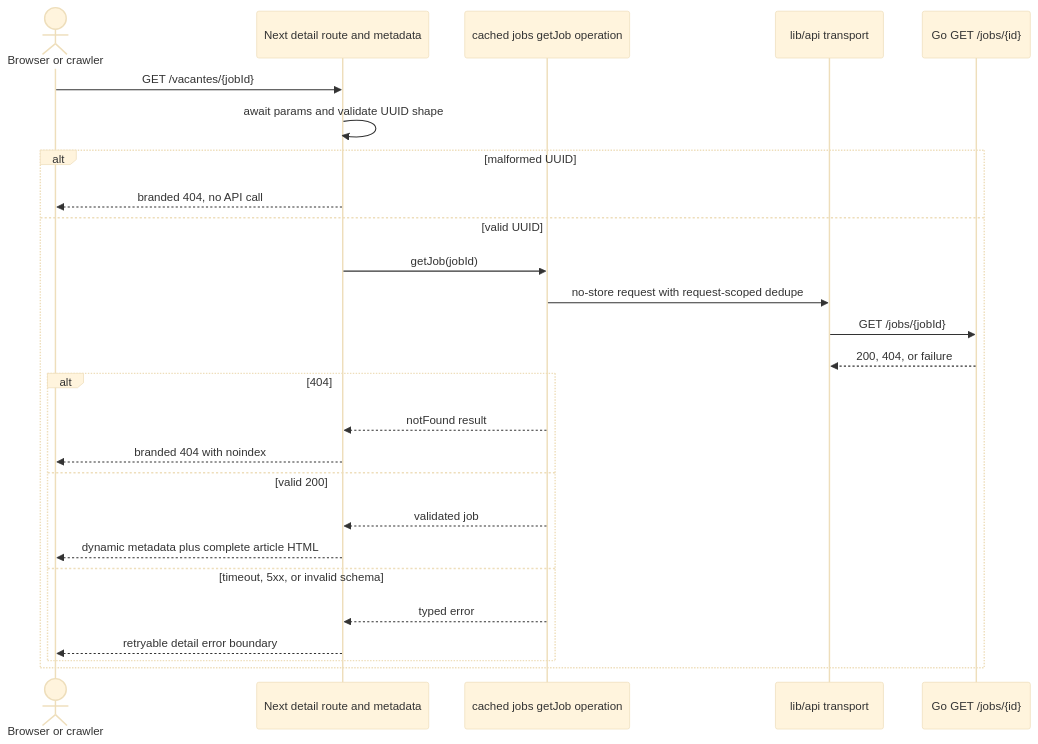
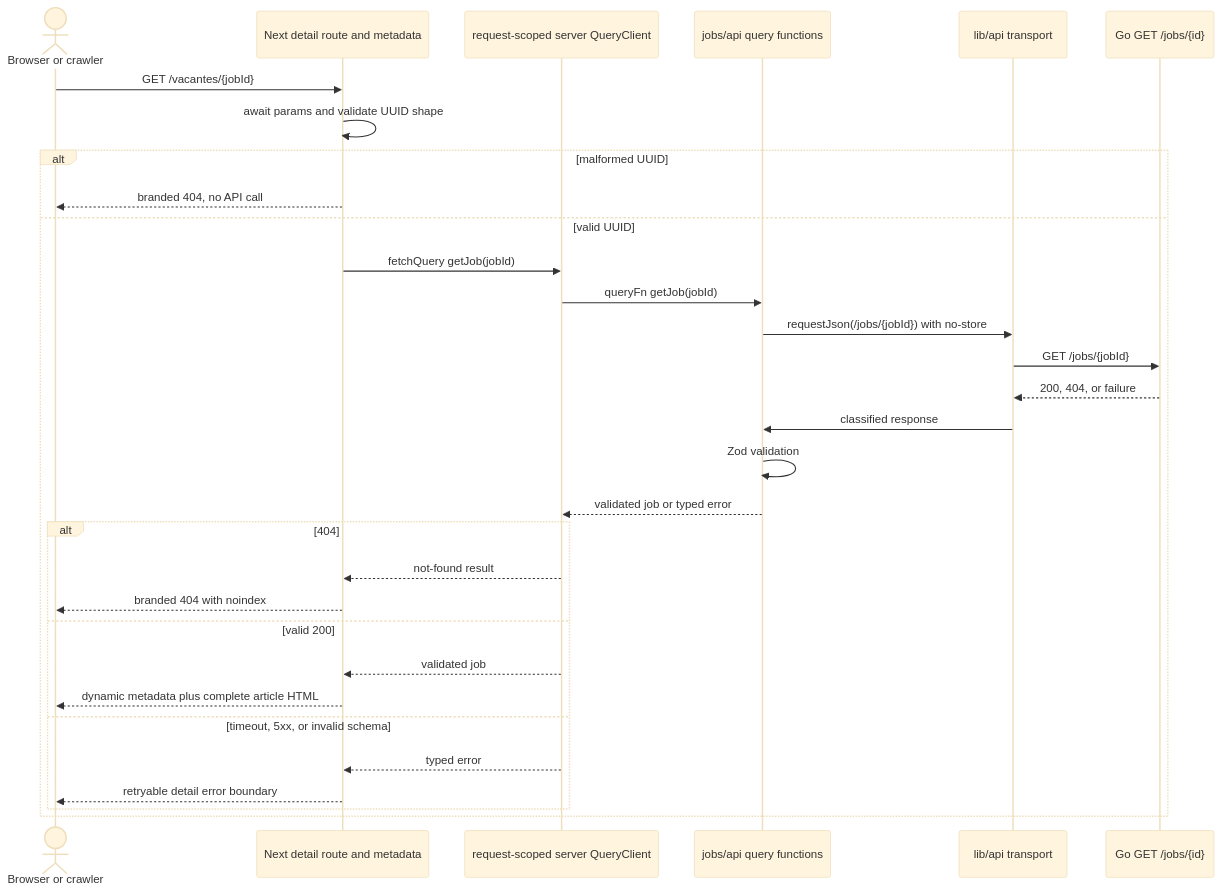
The fourth of 4 diagrams in openspec/changes/frontend-public-job-discovery/design.md (ALDRICHCODE45/peopleflow-vacantes), drawn with Mermaid (base theme) before and after one commit. The commit also changed other lines of this file and 2 other files, not shown here.

Commit message:
docs(openspec): reconcile frontend API state architecture

````diff
--- a/openspec/changes/frontend-public-job-discovery/design.md
+++ b/openspec/changes/frontend-public-job-discovery/design.md
@@ -263,29 +271,34 @@
 ```mermaid
 sequenceDiagram
     actor B as Browser or crawler
     participant N as Next detail route and metadata
-    participant J as cached jobs getJob operation
+    participant Q as request-scoped server QueryClient
+    participant J as jobs/api query functions
     participant T as lib/api transport
     participant A as Go GET /jobs/{id}
 
     B->>N: GET /vacantes/{jobId}
     N->>N: await params and validate UUID shape
     alt malformed UUID
         N-->>B: branded 404, no API call
     else valid UUID
-        N->>J: getJob(jobId)
-        J->>T: no-store request with request-scoped dedupe
+        N->>Q: fetchQuery getJob(jobId)
+        Q->>J: queryFn getJob(jobId)
+        J->>T: requestJson(/jobs/{jobId}) with no-store
         T->>A: GET /jobs/{jobId}
         A-->>T: 200, 404, or failure
+        T->>J: classified response
+        J->>J: Zod validation
+        J-->>Q: validated job or typed error
         alt 404
-            J-->>N: notFound result
+            Q-->>N: not-found result
             N-->>B: branded 404 with noindex
         else valid 200
-            J-->>N: validated job
+            Q-->>N: validated job
             N-->>B: dynamic metadata plus complete article HTML
         else timeout, 5xx, or invalid schema
-            J-->>N: typed error
+            Q-->>N: typed error
             N-->>B: retryable detail error boundary
         end
     end
 ```
````
